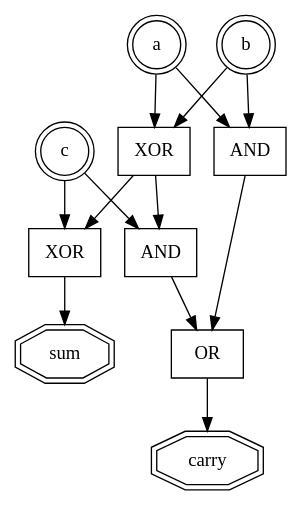
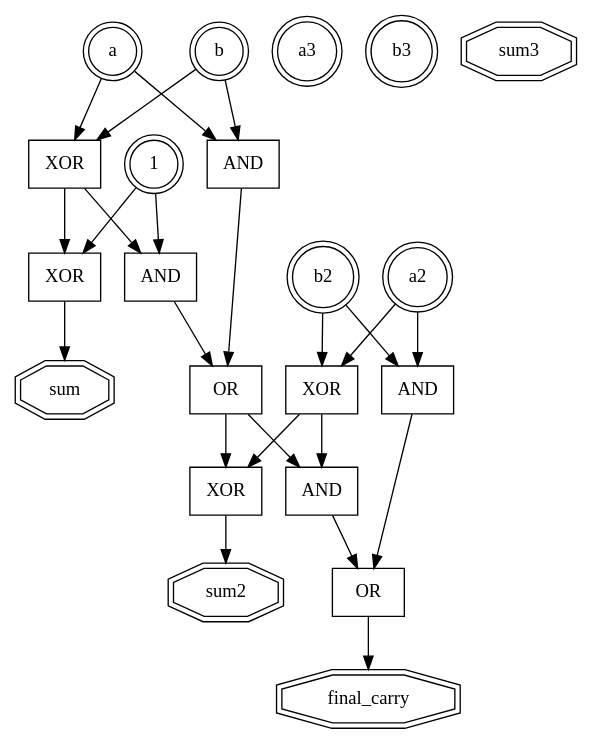
One commit to Fhoughton/logic-renderer-py changed the diagram in output.dot. Above: the diagram before and after it, drawn with Graphviz. The commit also changed 1 other file, not shown here.

```diff
--- a/output.dot
+++ b/output.dot
@@ -1,24 +1,46 @@
 digraph {
 	0 [label=a shape=doublecircle]
 	1 [label=b shape=doublecircle]
-	2 [label=c shape=doublecircle]
-	3 [label=sum shape=doubleoctagon]
-	4 [label=carry shape=doubleoctagon]
-	5 [label="XOR " shape=rectangle]
-	0 -> 5
-	1 -> 5
-	6 [label="AND " shape=rectangle]
-	0 -> 6
-	1 -> 6
-	7 [label="XOR " shape=rectangle]
-	5 -> 7
-	2 -> 7
-	7 -> 3
-	8 [label="AND " shape=rectangle]
-	5 -> 8
-	2 -> 8
-	9 [label="OR " shape=rectangle]
-	6 -> 9
-	8 -> 9
-	9 -> 4
+	2 [label=a2 shape=doublecircle]
+	3 [label=b2 shape=doublecircle]
+	4 [label=a3 shape=doublecircle]
+	5 [label=b3 shape=doublecircle]
+	6 [label=sum shape=doubleoctagon]
+	7 [label=sum2 shape=doubleoctagon]
+	8 [label=sum3 shape=doubleoctagon]
+	9 [label=final_carry shape=doubleoctagon]
+	10 [label=1 shape=doublecircle]
+	11 [label="XOR " shape=rectangle]
+	0 -> 11
+	1 -> 11
+	12 [label="AND " shape=rectangle]
+	0 -> 12
+	1 -> 12
+	13 [label="XOR " shape=rectangle]
+	11 -> 13
+	10 -> 13
+	13 -> 6
+	14 [label="AND " shape=rectangle]
+	11 -> 14
+	10 -> 14
+	15 [label="OR " shape=rectangle]
+	12 -> 15
+	14 -> 15
+	16 [label="XOR " shape=rectangle]
+	2 -> 16
+	3 -> 16
+	17 [label="AND " shape=rectangle]
+	2 -> 17
+	3 -> 17
+	18 [label="XOR " shape=rectangle]
+	16 -> 18
+	15 -> 18
+	18 -> 7
+	19 [label="AND " shape=rectangle]
+	16 -> 19
+	15 -> 19
+	20 [label="OR " shape=rectangle]
+	17 -> 20
+	19 -> 20
+	20 -> 9
 }
```
